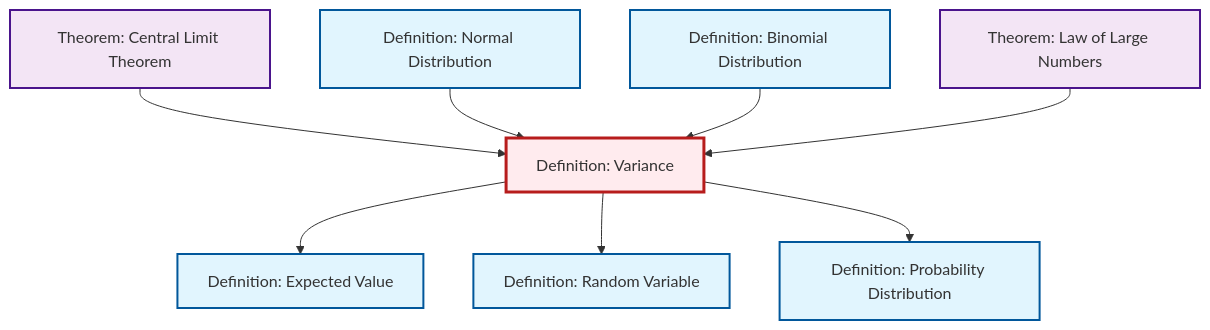
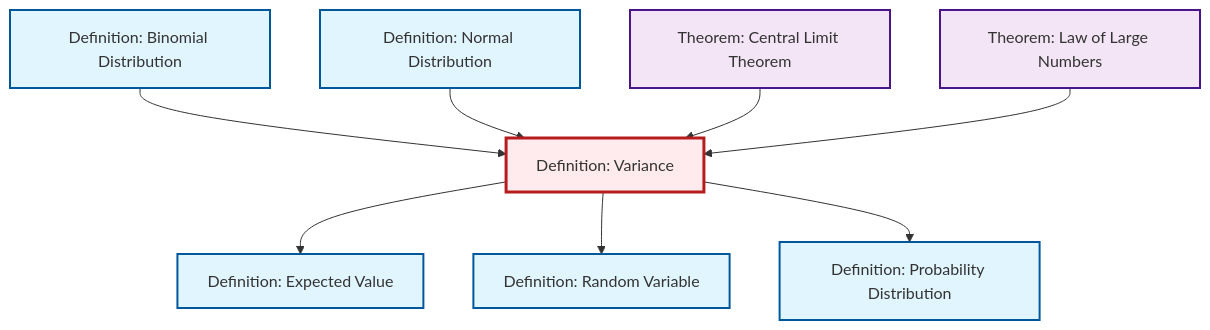
One commit to RK0429/ModernMath changed the second of 2 diagrams in content/en/probability-statistics/def-variance.qmd. Above: the diagram before and after it, drawn with Mermaid. The commit also changed other lines of this file and 1012 other files, not shown here.

````diff
--- a/content/en/probability-statistics/def-variance.qmd
+++ b/content/en/probability-statistics/def-variance.qmd
@@ -102,32 +102,32 @@
 ```{mermaid}
 %%| fig-cap: "Local dependency graph"
 graph TD
     classDef definition fill:#e1f5fe,stroke:#01579b,stroke-width:2px
     classDef theorem fill:#f3e5f5,stroke:#4a148c,stroke-width:2px
     classDef axiom fill:#fff3e0,stroke:#e65100,stroke-width:2px
     classDef example fill:#e8f5e9,stroke:#1b5e20,stroke-width:2px
     classDef current fill:#ffebee,stroke:#b71c1c,stroke-width:3px
+    def-probability-distribution["Definition: Probability Distribution"]:::definition
     def-expectation["Definition: Expected Value"]:::definition
+    def-random-variable["Definition: Random Variable"]:::definition
+    def-binomial-distribution["Definition: Binomial Distribution"]:::definition
+    thm-law-of-large-numbers["Theorem: Law of Large Numbers"]:::theorem
+    def-normal-distribution["Definition: Normal Distribution"]:::definition
     thm-central-limit["Theorem: Central Limit Theorem"]:::theorem
-    def-binomial-distribution["Definition: Binomial Distribution"]:::definition
-    def-random-variable["Definition: Random Variable"]:::definition
     def-variance["Definition: Variance"]:::definition
-    thm-law-of-large-numbers["Theorem: Law of Large Numbers"]:::theorem
-    def-probability-distribution["Definition: Probability Distribution"]:::definition
-    def-normal-distribution["Definition: Normal Distribution"]:::definition
+    def-binomial-distribution --> def-variance
+    def-normal-distribution --> def-variance
     def-variance --> def-expectation
+    def-variance --> def-random-variable
     thm-central-limit --> def-variance
-    def-variance --> def-random-variable
-    def-normal-distribution --> def-variance
-    def-binomial-distribution --> def-variance
     thm-law-of-large-numbers --> def-variance
     def-variance --> def-probability-distribution
     class def-variance current
+    click def-probability-distribution "def-probability-distribution.html" "Go to Probability Distribution definition"
     click def-expectation "def-expectation.html" "Go to Expected Value definition"
+    click def-random-variable "def-random-variable.html" "Go to Random Variable definition"
+    click def-binomial-distribution "def-binomial-distribution.html" "Go to Binomial Distribution definition"
+    click thm-law-of-large-numbers "thm-law-of-large-numbers.html" "Go to Law of Large Numbers theorem"
+    click def-normal-distribution "def-normal-distribution.html" "Go to Normal Distribution definition"
     click thm-central-limit "thm-central-limit.html" "Go to Central Limit Theorem theorem"
-    click def-binomial-distribution "def-binomial-distribution.html" "Go to Binomial Distribution definition"
-    click def-random-variable "def-random-variable.html" "Go to Random Variable definition"
-    click thm-law-of-large-numbers "thm-law-of-large-numbers.html" "Go to Law of Large Numbers theorem"
-    click def-probability-distribution "def-probability-distribution.html" "Go to Probability Distribution definition"
-    click def-normal-distribution "def-normal-distribution.html" "Go to Normal Distribution definition"
 ```
````
